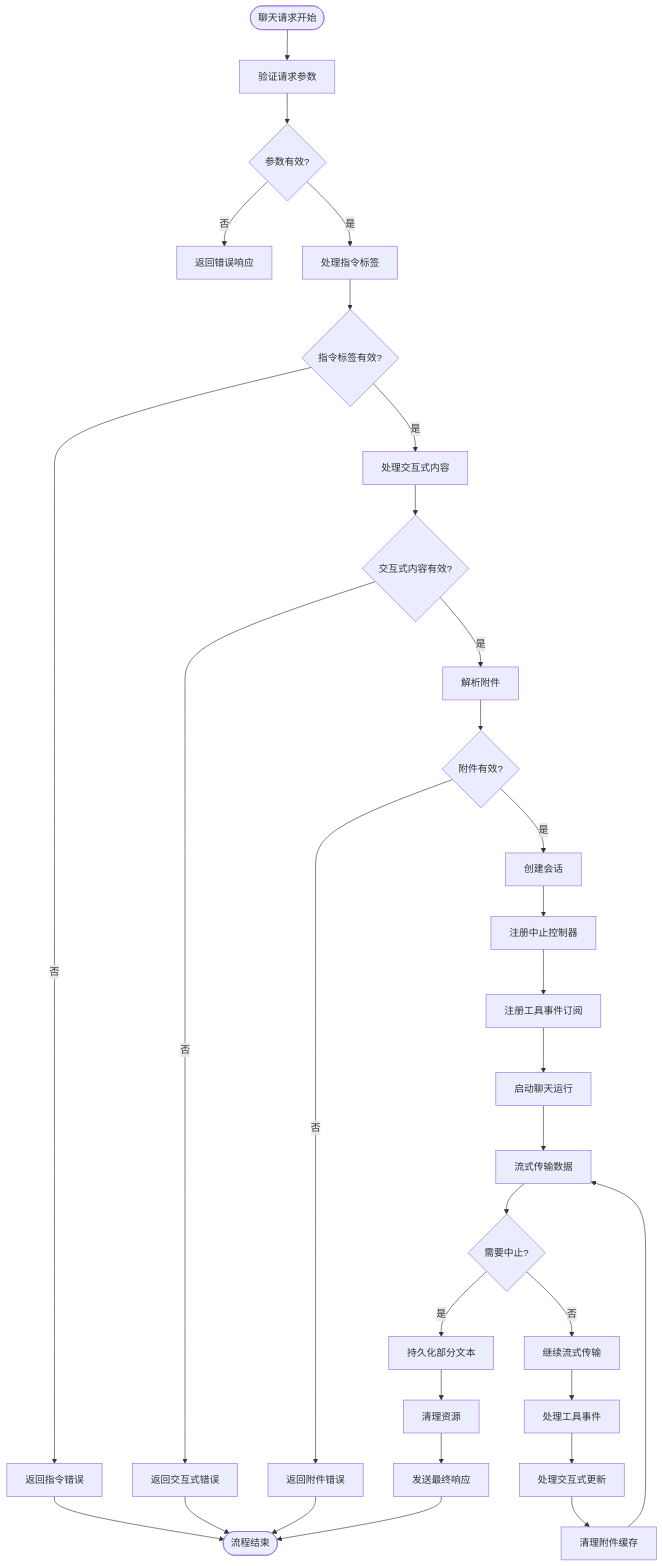
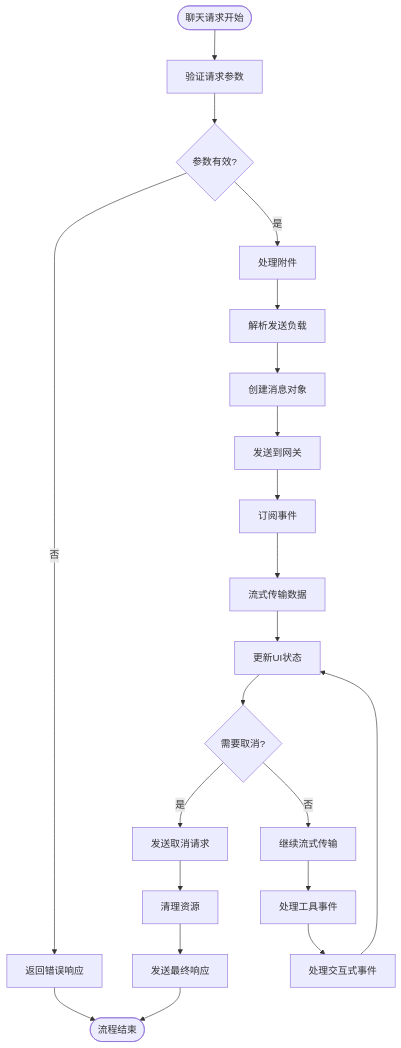
Before and after one commit to verse-ai-org/openclaw: the third of 36 diagrams in .qoder/repowiki/zh/content/Web界面/WebChat界面/聊天运行时提供者增强/聊天运行时提供者增强.md, drawn with Mermaid. The commit also changed other lines of this file and 20 other files, not shown here.

````diff
--- a/.qoder/repowiki/zh/content/Web界面/WebChat界面/聊天运行时提供者增强/聊天运行时提供者增强.md
+++ b/.qoder/repowiki/zh/content/Web界面/WebChat界面/聊天运行时提供者增强/聊天运行时提供者增强.md
@@ -278,33 +272,23 @@
 ```mermaid
 flowchart TD
 Start([聊天请求开始]) --> Validate["验证请求参数"]
 Validate --> Valid{"参数有效?"}
 Valid --> |否| ErrorResponse["返回错误响应"]
-Valid --> |是| ProcessDirective["处理指令标签"]
-ProcessDirective --> DirectiveValid{"指令标签有效?"}
-DirectiveValid --> |否| DirectiveError["返回指令错误"]
-DirectiveValid --> |是| ProcessInteractive["处理交互式内容"]
-ProcessInteractive --> InteractiveValid{"交互式内容有效?"}
-InteractiveValid --> |否| InteractiveError["返回交互式错误"]
-InteractiveValid --> |是| ParseAttachments["解析附件"]
-ParseAttachments --> AttachmentsValid{"附件有效?"}
-AttachmentsValid --> |否| AttachmentError["返回附件错误"]
-AttachmentsValid --> |是| CreateSession["创建会话"]
-CreateSession --> RegisterAbort["注册中止控制器"]
-RegisterAbort --> RegisterToolEvents["注册工具事件订阅"]
-RegisterToolEvents --> StartRun["启动聊天运行"]
-StartRun --> StreamData["流式传输数据"]
-StreamData --> CheckAbort{"需要中止?"}
-CheckAbort --> |是| PersistPartial["持久化部分文本"]
-CheckAbort --> |否| ContinueStream["继续流式传输"]
-ContinueStream --> ToolEvents["处理工具事件"]
-ToolEvents --> InteractiveUpdates["处理交互式更新"]
-InteractiveUpdates --> CleanupAttachments["清理附件缓存"]
-CleanupAttachments --> StreamData
-PersistPartial --> Cleanup["清理资源"]
+Valid --> |是| ProcessAttachments["处理附件"]
+ProcessAttachments --> ParsePayload["解析发送负载"]
+ParsePayload --> CreateMessage["创建消息对象"]
+CreateMessage --> SendToGateway["发送到网关"]
+SendToGateway --> SubscribeToEvents["订阅事件"]
+SubscribeToEvents --> StreamData["流式传输数据"]
+StreamData --> UpdateUI["更新UI状态"]
+UpdateUI --> CheckCancel{"需要取消?"}
+CheckCancel --> |是| CancelRequest["发送取消请求"]
+CheckCancel --> |否| ContinueStream["继续流式传输"]
+ContinueStream --> ProcessToolEvents["处理工具事件"]
+ProcessToolEvents --> ProcessInteractiveEvents["处理交互式事件"]
+ProcessInteractiveEvents --> UpdateUI
+CancelRequest --> Cleanup["清理资源"]
 Cleanup --> FinalResponse["发送最终响应"]
-DirectiveError --> End([流程结束])
-AttachmentError --> End
-InteractiveError --> End
+ErrorResponse --> End([流程结束])
 FinalResponse --> End
 ```
````
